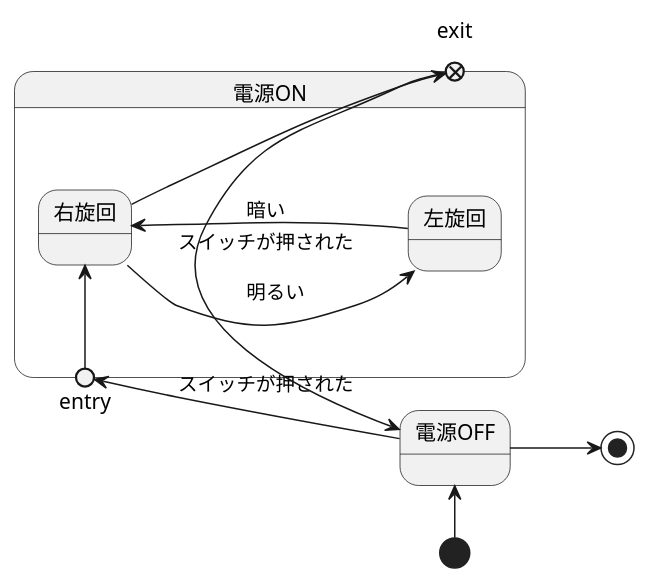
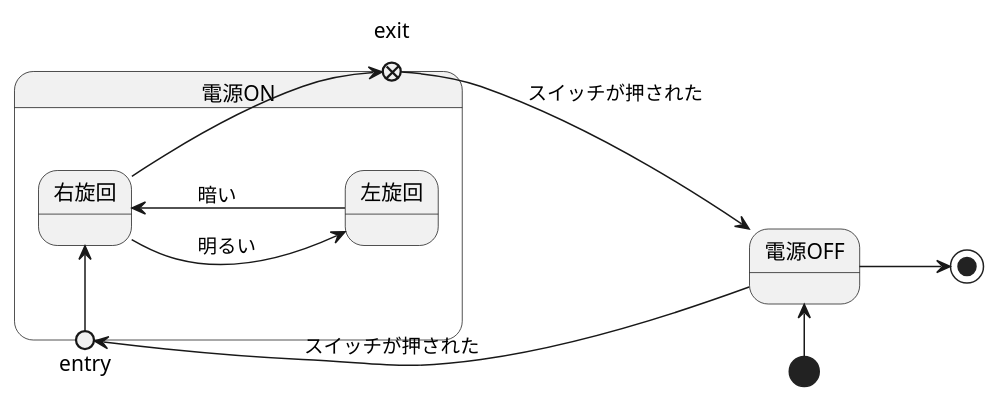
One commit to Kuya0307/unl-introduction changed the diagram in 演習６/演習6-5-3_ステートマシン図_ライントレーサー.pu. Above: the diagram before and after it, drawn with PlantUML.

Commit message:
6-5-3を修正

```diff
--- a/演習６/演習6-5-3_ステートマシン図_ライントレーサー.pu
+++ b/演習６/演習6-5-3_ステートマシン図_ライントレーサー.pu
@@ -1,15 +1,15 @@
 @startuml ステートマシン図
 left to right direction
 state 電源ON{
 state entry <<entryPoint>>
 state exit <<exitPoint>>
 entry -left-> 右旋回
 右旋回 --> 左旋回 :　明るい
 左旋回 --> 右旋回 : 暗い
 }
-電源OFF -> entry :スイッチが押された
-exit -> 電源OFF :スイッチが押された
+電源OFF --> entry :スイッチが押された
+exit --> 電源OFF :スイッチが押された
 右旋回 --> exit
 [*] -left-> 電源OFF
 電源OFF --> [*]
 @enduml
```
